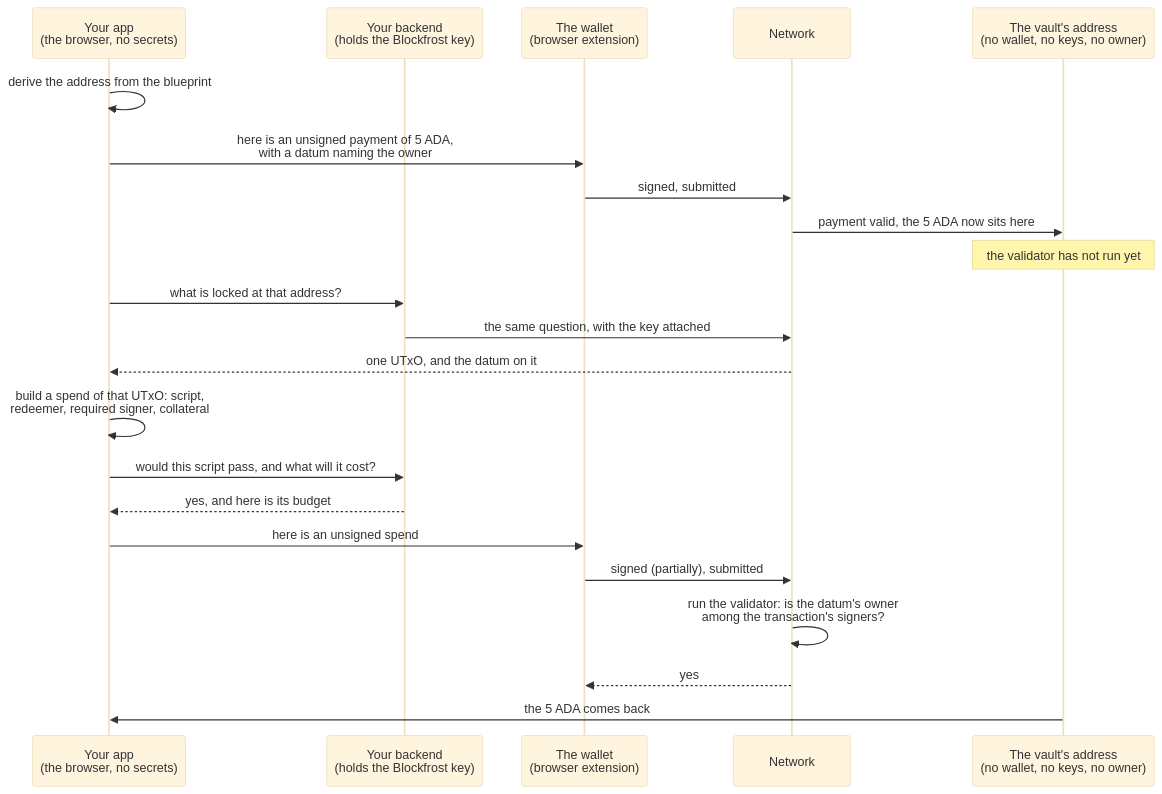
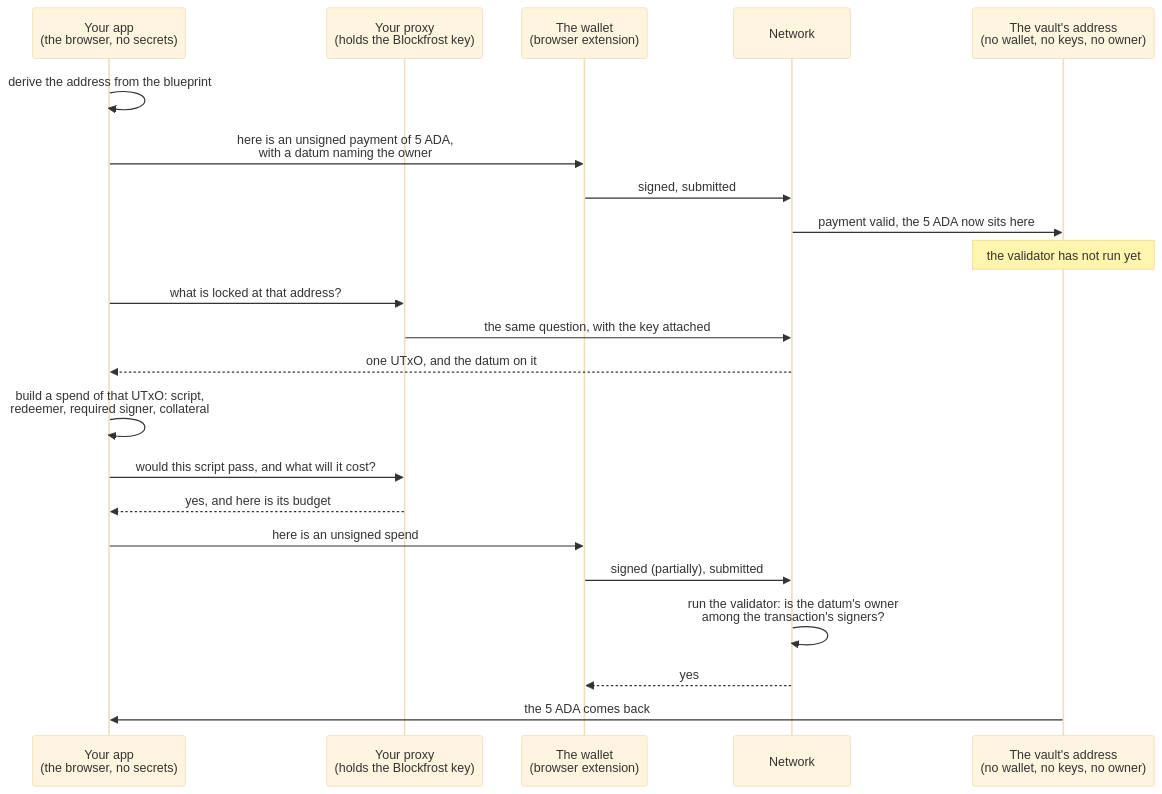
One commit to cardano-foundation/developer-portal changed the diagram in docs/developers/onboarding/lectures/intermediate/9-frontend-integration.md. Above: the diagram before and after it, drawn with Mermaid (base theme). The commit also changed other lines of this file and 2 other files, not shown here.

Commit message:
Replace the Blockfrost handler with a Vite proxy rule

````diff
--- a/docs/developers/onboarding/lectures/intermediate/9-frontend-integration.md
+++ b/docs/developers/onboarding/lectures/intermediate/9-frontend-integration.md
@@ -80,24 +79,24 @@
 ```mermaid
 sequenceDiagram
     participant App as Your app<br/>(the browser, no secrets)
-    participant Back as Your backend<br/>(holds the Blockfrost key)
+    participant Back as Your proxy<br/>(holds the Blockfrost key)
     participant W as The wallet<br/>(browser extension)
     participant Net as Network
     participant Vault as The vault's address<br/>(no wallet, no keys, no owner)
     App->>App: derive the address from the blueprint
     App->>W: here is an unsigned payment of 5 ADA,<br/>with a datum naming the owner
     W->>Net: signed, submitted
     Net->>Vault: payment valid, the 5 ADA now sits here
     Note over Vault: the validator has not run yet
     App->>Back: what is locked at that address?
     Back->>Net: the same question, with the key attached
     Net-->>App: one UTxO, and the datum on it
     App->>App: build a spend of that UTxO: script,<br/>redeemer, required signer, collateral
     App->>Back: would this script pass, and what will it cost?
     Back-->>App: yes, and here is its budget
     App->>W: here is an unsigned spend
     W->>Net: signed (partially), submitted
     Net->>Net: run the validator: is the datum's owner<br/>among the transaction's signers?
     Net-->>W: yes
     Vault->>App: the 5 ADA comes back
 ```
````
